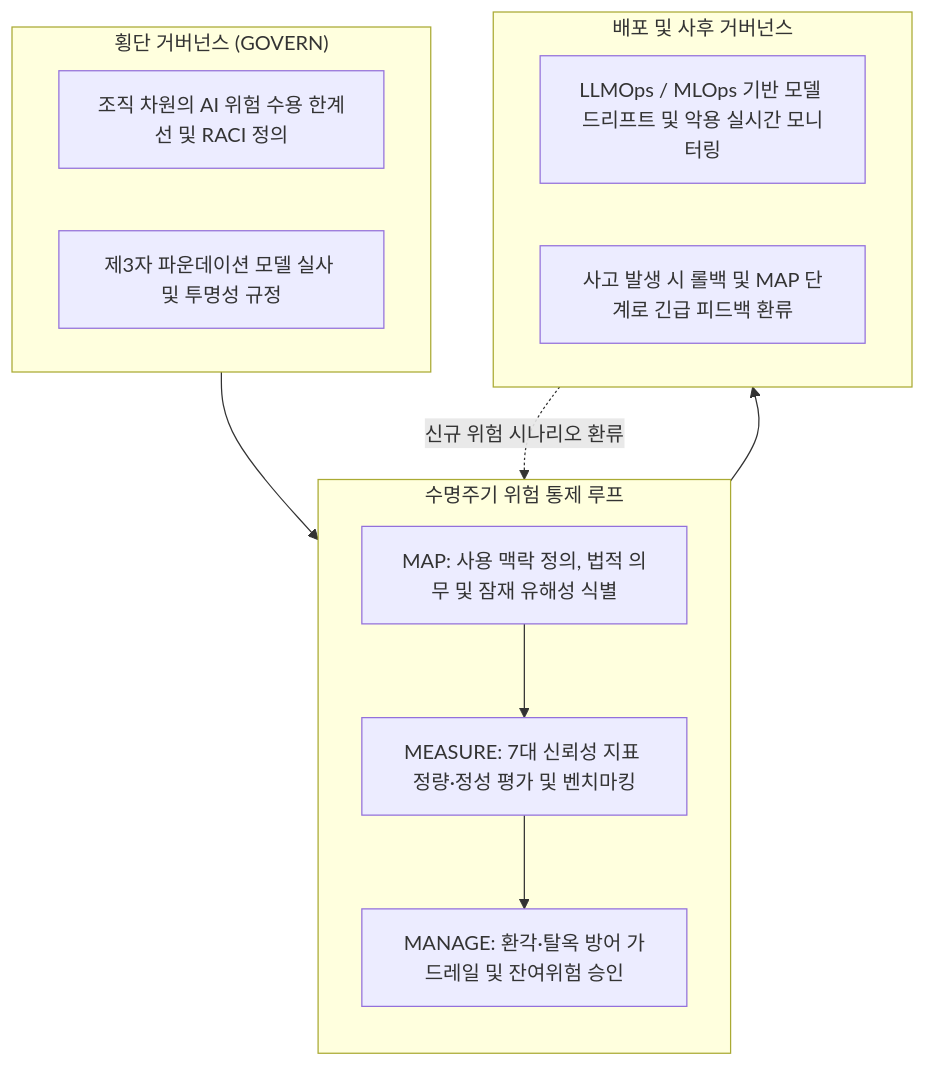
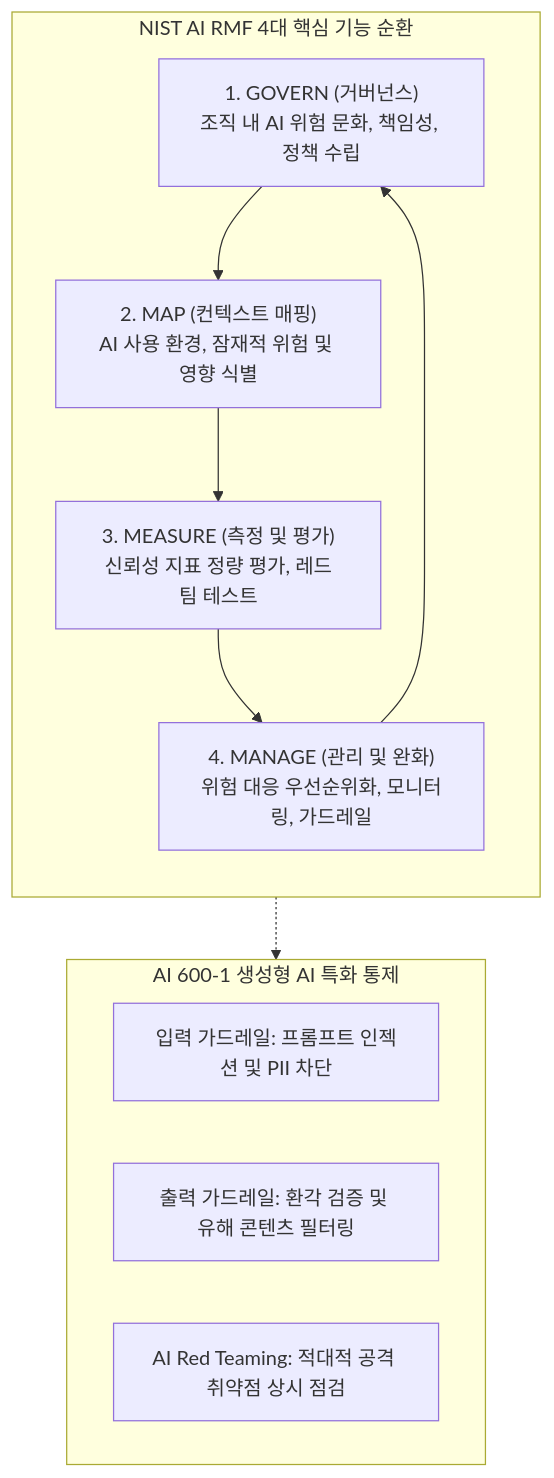
The third of 4 diagrams in src/content/docs/notes/itpe/01-it-strategy/036_nist_ai_rmf.md (agnusdei1207/study), drawn with Mermaid before and after one commit. The commit also changed other lines of this file and 80 other files, not shown here.

````diff
--- a/src/content/docs/notes/itpe/01-it-strategy/036_nist_ai_rmf.md
+++ b/src/content/docs/notes/itpe/01-it-strategy/036_nist_ai_rmf.md
@@ -123,22 +126,17 @@
 ```mermaid
 flowchart TD
-    subgraph GOVERN["횡단 거버넌스 (GOVERN)"]
-        G1["조직 차원의 AI 위험 수용 한계선 및 RACI 정의"]
-        G2["제3자 파운데이션 모델 실사 및 투명성 규정"]
+    subgraph Core["NIST AI RMF 4대 핵심 기능 순환"]
+        direction TB
+        G["1. GOVERN (거버넌스)<br/>조직 내 AI 위험 문화, 책임성, 정책 수립"]
+        M["2. MAP (컨텍스트 매핑)<br/>AI 사용 환경, 잠재적 위험 및 영향 식별"]
+        MS["3. MEASURE (측정 및 평가)<br/>신뢰성 지표 정량 평가, 레드팀 테스트"]
+        MG["4. MANAGE (관리 및 완화)<br/>위험 대응 우선순위화, 모니터링, 가드레일"]
+        G --> M --> MS --> MG --> G
     end
-    subgraph Execution["수명주기 위험 통제 루프"]
-        direction TB
-        E1["MAP: 사용 맥락 정의, 법적 의무 및 잠재 유해성 식별"]
-        E2["MEASURE: 7대 신뢰성 지표 정량·정성 평가 및 벤치마킹"]
-        E3["MANAGE: 환각·탈옥 방어 가드레일 및 잔여위험 승인"]
-        E1 --> E2 --> E3
+    subgraph Profile["AI 600-1 생성형 AI 특화 통제"]
+        P1["입력 가드레일: 프롬프트 인젝션 및 PII 차단"]
+        P2["출력 가드레일: 환각 검증 및 유해 콘텐츠 필터링"]
+        P3["AI Red Teaming: 적대적 공격 취약점 상시 점검"]
     end
-    subgraph Operations["배포 및 사후 거버넌스"]
-        O1["LLMOps / MLOps 기반 모델 드리프트 및 악용 실시간 모니터링"]
-        O2["사고 발생 시 롤백 및 MAP 단계로 긴급 피드백 환류"]
-    end
-
-    GOVERN --> Execution
-    Execution --> Operations
-    Operations -.->|신규 위험 시나리오 환류| Execution
+    MG -.-> Profile
 ```
````
